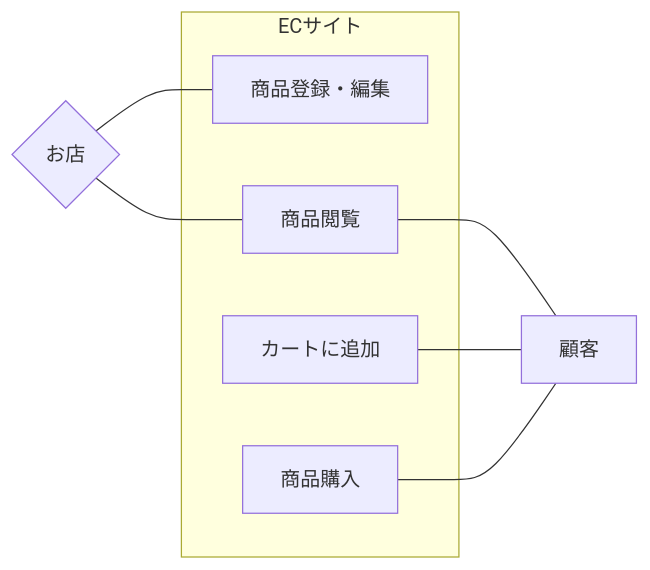
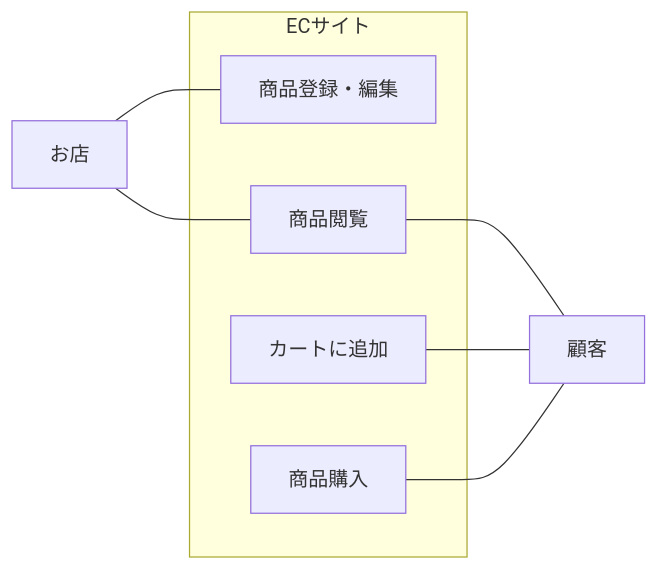
Before and after one commit to Aoi-Yaegashi/teamF: the diagram in 要件定義ユースケース図.md, drawn with Mermaid. The commit also changed 1 other file, not shown here.

Commit message:
ユースケース図

````diff
--- a/要件定義ユースケース図.md
+++ b/要件定義ユースケース図.md
@@ -1,20 +1,20 @@
 ```mermaid
 flowchart LR
 
-A{お店}
-E{顧客}
+A[お店]
+E[顧客]
 
 A --- B
 C --- E
-D --- E[顧客]
+D --- E
 A --- C
 F --- E
 
 subgraph ECサイト
   B[商品登録・編集]
   C[商品閲覧]
   D[カートに追加]
   F[商品購入]
 end
 
 ```
````
